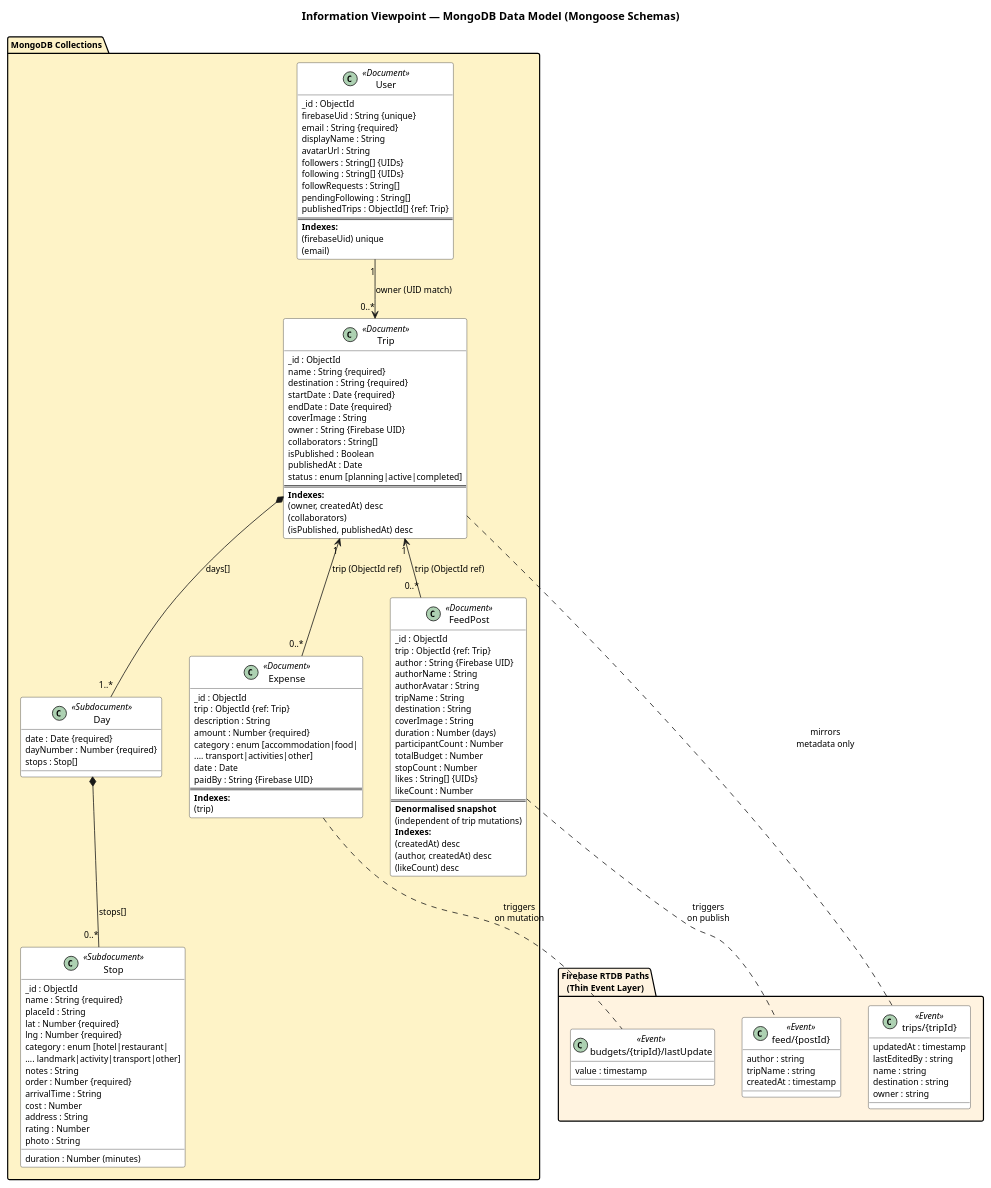
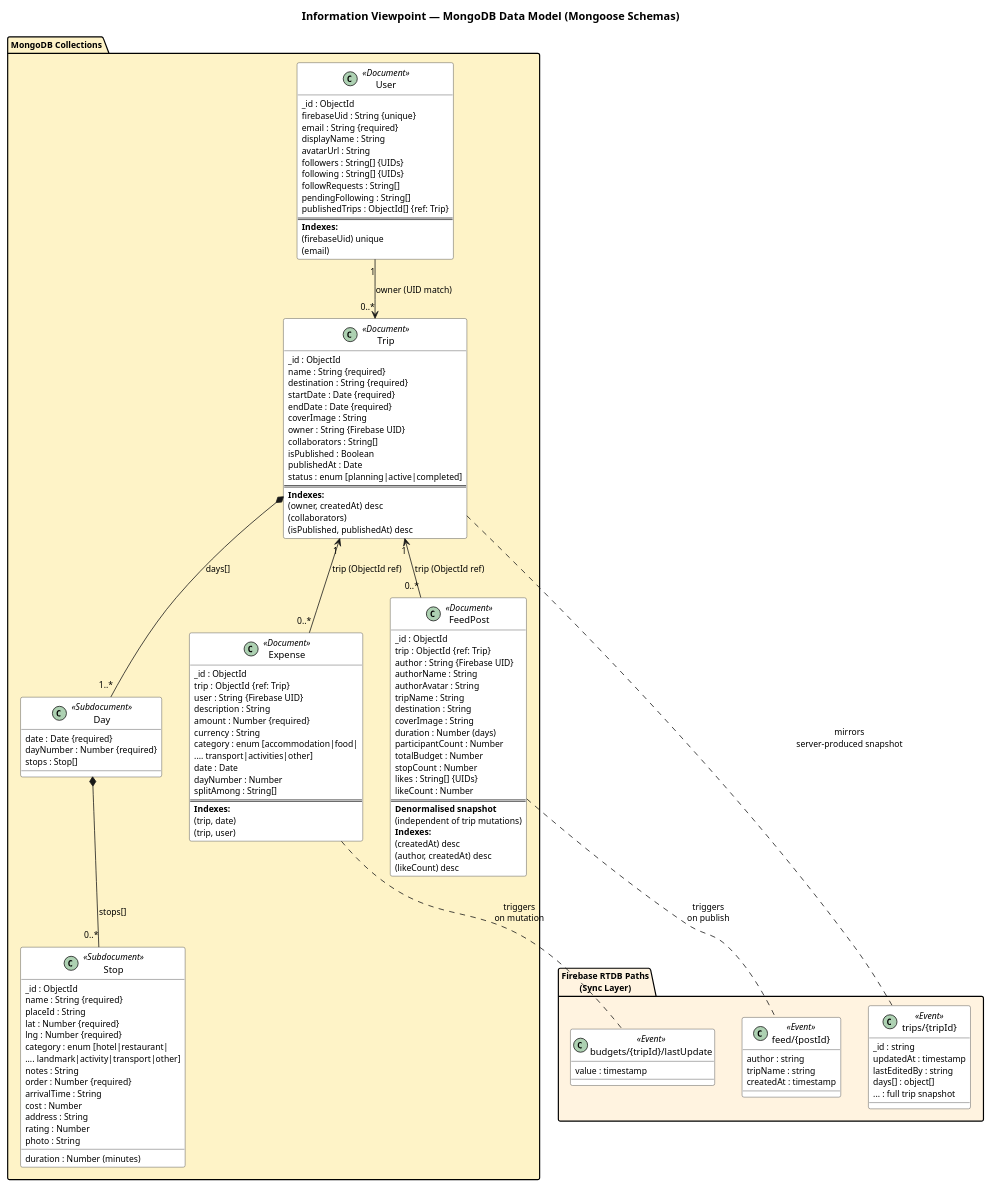
The diagram in docs/task2/data_model.puml (arnav4124/WanderMate), drawn with PlantUML before and after one commit. The commit also changed 8 other files, not shown here.

Commit message:
worked on puml files and updated the the flows

```diff
--- a/docs/task2/data_model.puml
+++ b/docs/task2/data_model.puml
@@ -1,144 +1,148 @@
 @startuml data_model
 skinparam backgroundColor white
 skinparam shadowing false
 skinparam defaultFontName "Segoe UI"
 skinparam defaultFontSize 11
 skinparam classBackgroundColor #FFFFFF
 skinparam classBorderColor #333333
 skinparam classFontSize 12
 
 title Information Viewpoint — MongoDB Data Model (Mongoose Schemas)
 
 package "MongoDB Collections" #FEF3C7 {
 
   class Trip <<Document>> {
     _id : ObjectId
     name : String {required}
     destination : String {required}
     startDate : Date {required}
     endDate : Date {required}
     coverImage : String
     owner : String {Firebase UID}
     collaborators : String[]
     isPublished : Boolean
     publishedAt : Date
     status : enum [planning|active|completed]
     ==
     **Indexes:**
     (owner, createdAt) desc
     (collaborators)
     (isPublished, publishedAt) desc
   }
 
   class Day <<Subdocument>> {
     date : Date {required}
     dayNumber : Number {required}
     stops : Stop[]
   }
 
   class Stop <<Subdocument>> {
     _id : ObjectId
     name : String {required}
     placeId : String
     lat : Number {required}
     lng : Number {required}
     category : enum [hotel|restaurant|
     .... landmark|activity|transport|other]
     notes : String
     order : Number {required}
     arrivalTime : String
     duration : Number (minutes)
     cost : Number
     address : String
     rating : Number
     photo : String
   }
 
   class Expense <<Document>> {
     _id : ObjectId
     trip : ObjectId {ref: Trip}
+    user : String {Firebase UID}
     description : String
     amount : Number {required}
+    currency : String
     category : enum [accommodation|food|
     .... transport|activities|other]
     date : Date
-    paidBy : String {Firebase UID}
+    dayNumber : Number
+    splitAmong : String[]
     ==
     **Indexes:**
-    (trip)
+    (trip, date)
+    (trip, user)
   }
 
   class FeedPost <<Document>> {
     _id : ObjectId
     trip : ObjectId {ref: Trip}
     author : String {Firebase UID}
     authorName : String
     authorAvatar : String
     tripName : String
     destination : String
     coverImage : String
     duration : Number (days)
     participantCount : Number
     totalBudget : Number
     stopCount : Number
     likes : String[] {UIDs}
     likeCount : Number
     ==
     **Denormalised snapshot**
     (independent of trip mutations)
     **Indexes:**
     (createdAt) desc
     (author, createdAt) desc
     (likeCount) desc
   }
 
   class User <<Document>> {
     _id : ObjectId
     firebaseUid : String {unique}
     email : String {required}
     displayName : String
     avatarUrl : String
     followers : String[] {UIDs}
     following : String[] {UIDs}
     followRequests : String[]
     pendingFollowing : String[]
     publishedTrips : ObjectId[] {ref: Trip}
     ==
     **Indexes:**
     (firebaseUid) unique
     (email)
   }
 }
 
 ' Relationships
 Trip *-- "1..*" Day : days[]
 Day *-- "0..*" Stop : stops[]
 Trip "1" <-- "0..*" Expense : trip (ObjectId ref)
 Trip "1" <-- "0..*" FeedPost : trip (ObjectId ref)
 User "1" --> "0..*" Trip : owner (UID match)
 
-package "Firebase RTDB Paths\n(Thin Event Layer)" #FFF3E0 {
+package "Firebase RTDB Paths\n(Sync Layer)" #FFF3E0 {
   class "trips/{tripId}" as fbtrip <<Event>> {
+    _id : string
     updatedAt : timestamp
     lastEditedBy : string
-    name : string
-    destination : string
-    owner : string
+    days[] : object[]
+    ... : full trip snapshot
   }
 
   class "budgets/{tripId}/lastUpdate" as fbbudget <<Event>> {
     value : timestamp
   }
 
   class "feed/{postId}" as fbfeed <<Event>> {
     author : string
     tripName : string
     createdAt : timestamp
   }
 }
 
-Trip .. fbtrip : mirrors\nmetadata only
+Trip .. fbtrip : mirrors\nserver-produced snapshot
 Expense .. fbbudget : triggers\non mutation
 FeedPost .. fbfeed : triggers\non publish
 
 @enduml
```
